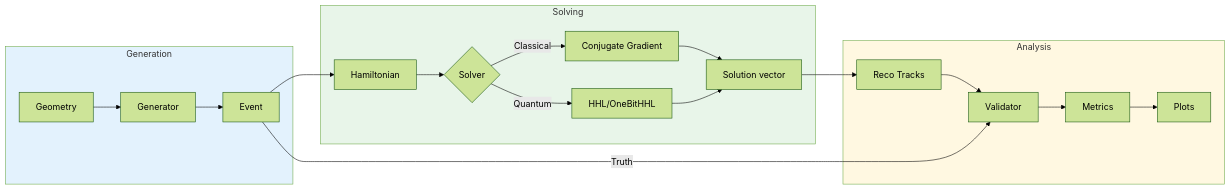
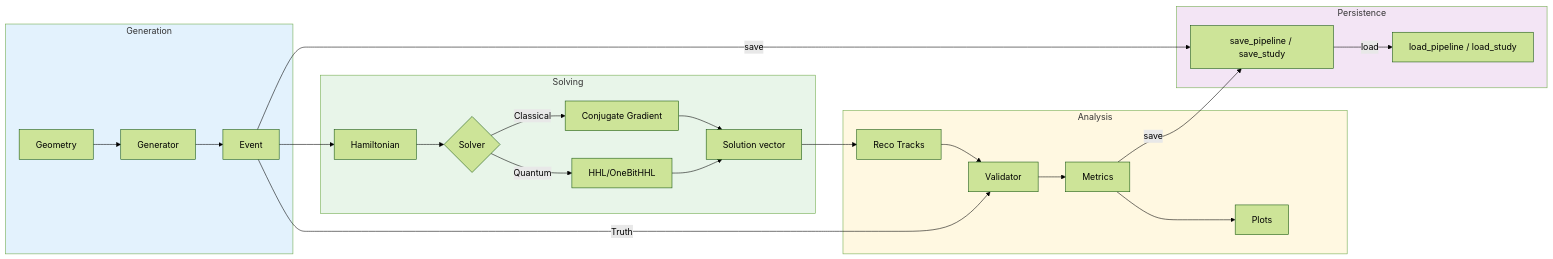
The diagram in docs/index.md (GeorgeWilliam1999/LHCb_VeLo_Toy_Model), drawn with Mermaid (forest theme) before and after one commit. The commit also changed other lines of this file and 22 other files, not shown here.

````diff
--- a/docs/index.md
+++ b/docs/index.md
@@ -144,28 +151,35 @@
 ```mermaid
 graph LR
     subgraph Generation
         G[Geometry] --> GEN[Generator]
         GEN --> E[Event]
     end
     
     subgraph Solving
         E --> H[Hamiltonian]
         H --> S{Solver}
         S --> |Classical| CG[Conjugate Gradient]
         S --> |Quantum| HHL[HHL/OneBitHHL]
         CG --> X[Solution vector]
         HHL --> X
     end
     
     subgraph Analysis
         X --> R[Reco Tracks]
         R --> V[Validator]
         E --> |Truth| V
         V --> M[Metrics]
         M --> P[Plots]
     end
     
+    subgraph Persistence
+        E --> |save| SAVE[save_pipeline / save_study]
+        M --> |save| SAVE
+        SAVE --> |load| LOAD[load_pipeline / load_study]
+    end
+    
     style Generation fill:#e3f2fd
     style Solving fill:#e8f5e9
     style Analysis fill:#fff8e1
+    style Persistence fill:#f3e5f5
 ```
````
